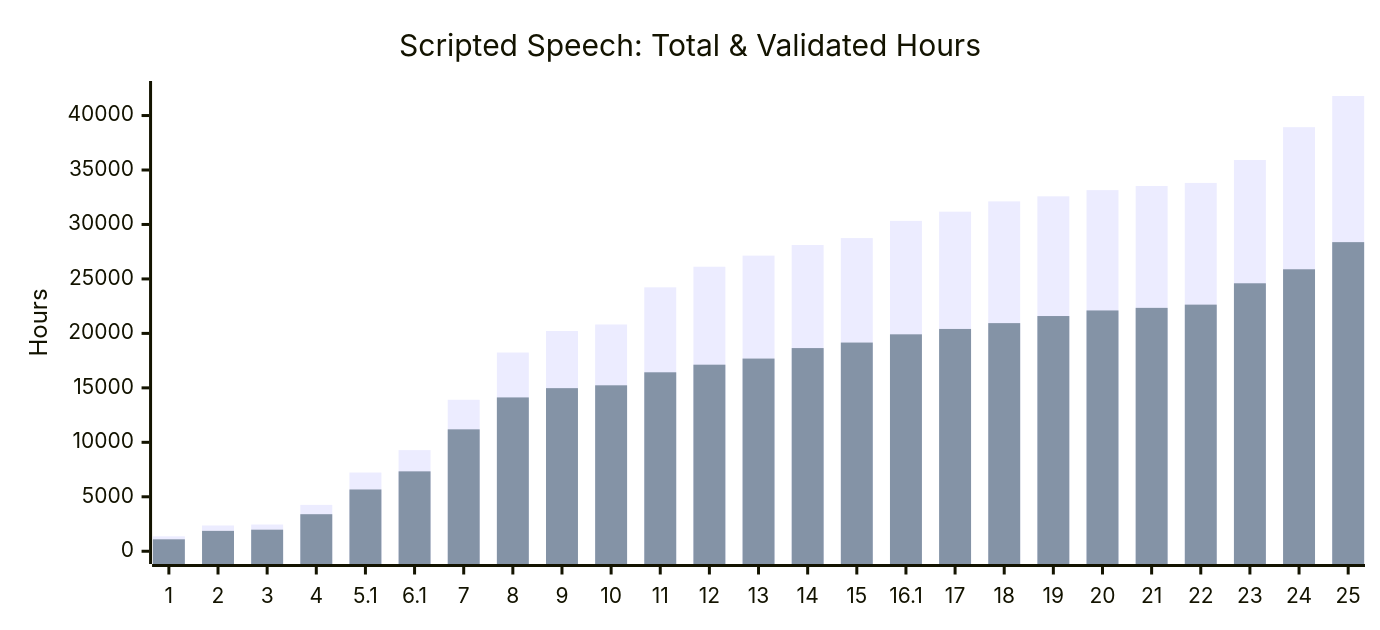
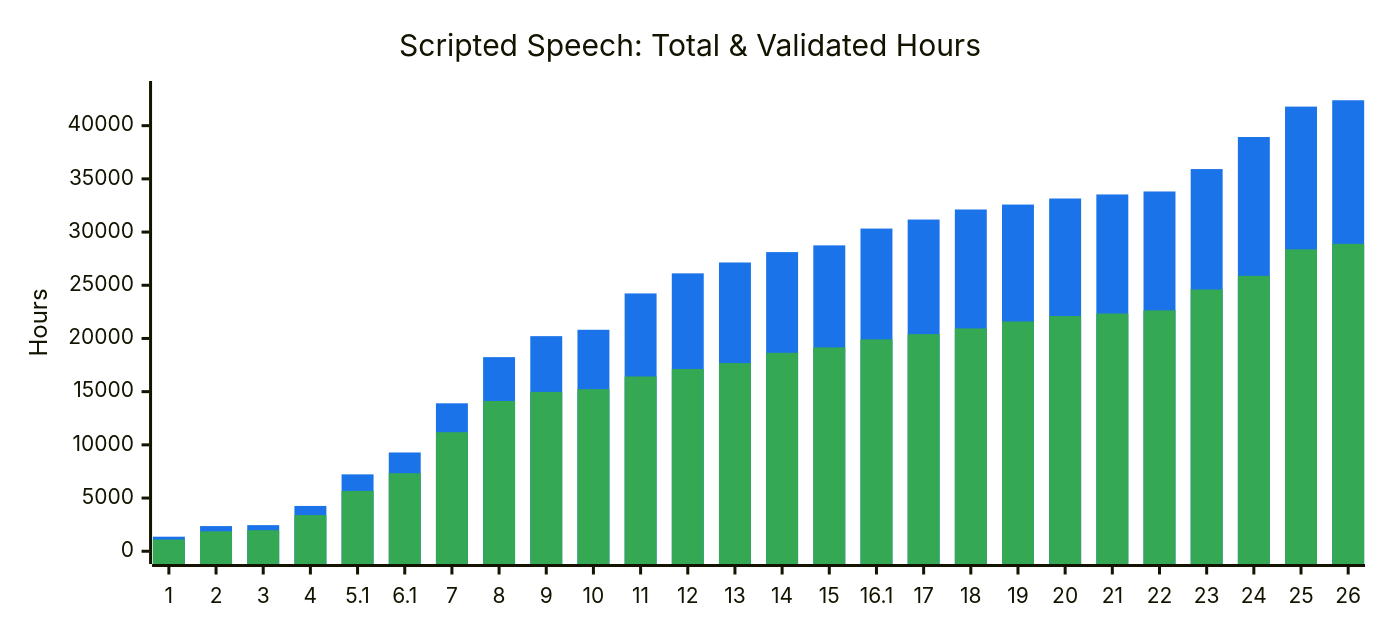
One commit to common-voice/cv-dataset changed the second of 3 diagrams in README.md. Above: the diagram before and after it, drawn with Mermaid. The commit also changed other lines of this file, not shown here.

````diff
--- a/README.md
+++ b/README.md
@@ -71,14 +71,17 @@
 ```mermaid
 ---
 config:
     xyChart:
         width: 900
         height: 400
+    themeVariables:
+        xyChart:
+            plotColorPalette: "#1a73e8, #34a853"
 ---
 xychart-beta
     title "Scripted Speech: Total & Validated Hours"
-    x-axis ["1","2","3","4","5.1","6.1","7","8","9","10","11","12","13","14","15","16.1","17","18","19","20","21","22","23","24","25"]
-    y-axis "Hours" 0 --> 42000
-    bar [1368,2366,2454,4257,7226,9283,13905,18243,20217,20817,24231,26119,27141,28117,28750,30328,31175,32121,32584,33154,33534,33815,35921,38932,41792]
-    bar [1096,1872,1979,3401,5671,7335,11192,14122,14973,15234,16429,17127,17689,18651,19159,19915,20408,20943,21593,22106,22344,22640,24600,25886,28377]
+    x-axis ["1","2","3","4","5.1","6.1","7","8","9","10","11","12","13","14","15","16.1","17","18","19","20","21","22","23","24","25","26"]
+    y-axis "Hours" 0 --> 43000
+    bar [1368,2366,2454,4257,7226,9283,13905,18243,20217,20817,24231,26119,27141,28117,28750,30328,31175,32121,32584,33154,33534,33815,35921,38932,41792,42388]
+    bar [1096,1872,1979,3401,5671,7335,11192,14122,14973,15234,16429,17127,17689,18651,19159,19915,20408,20943,21593,22106,22344,22640,24600,25886,28377,28893]
 ```
````
